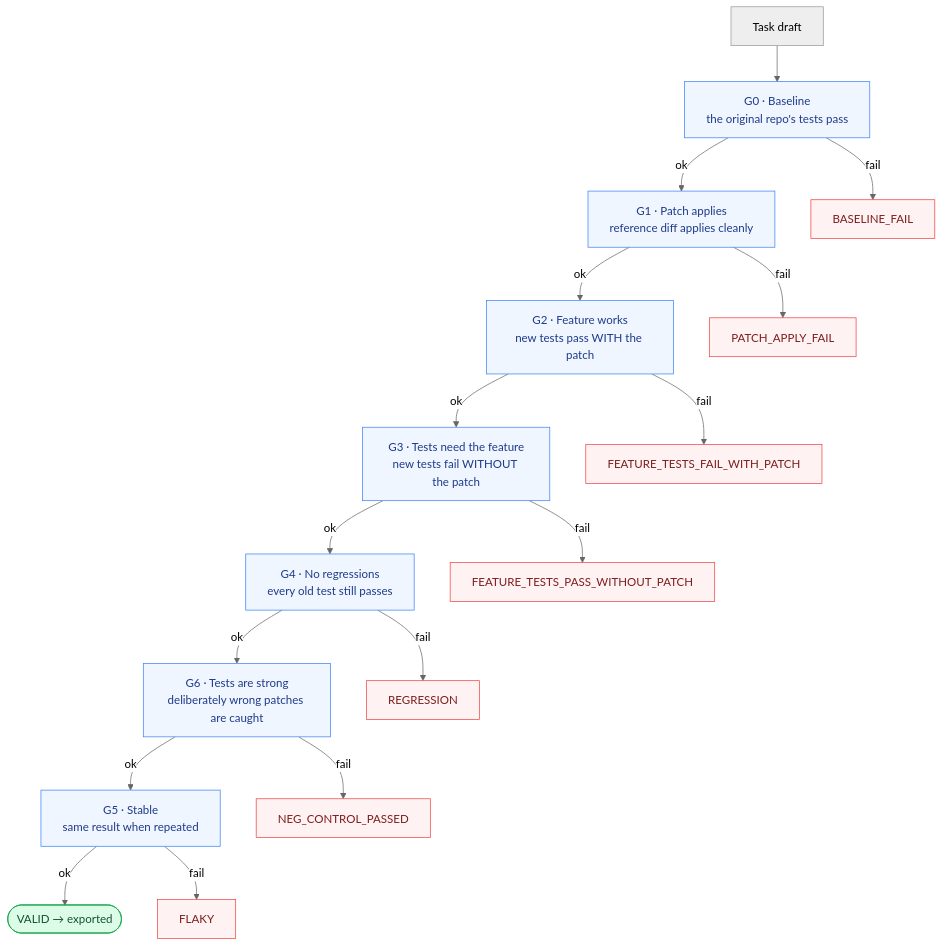
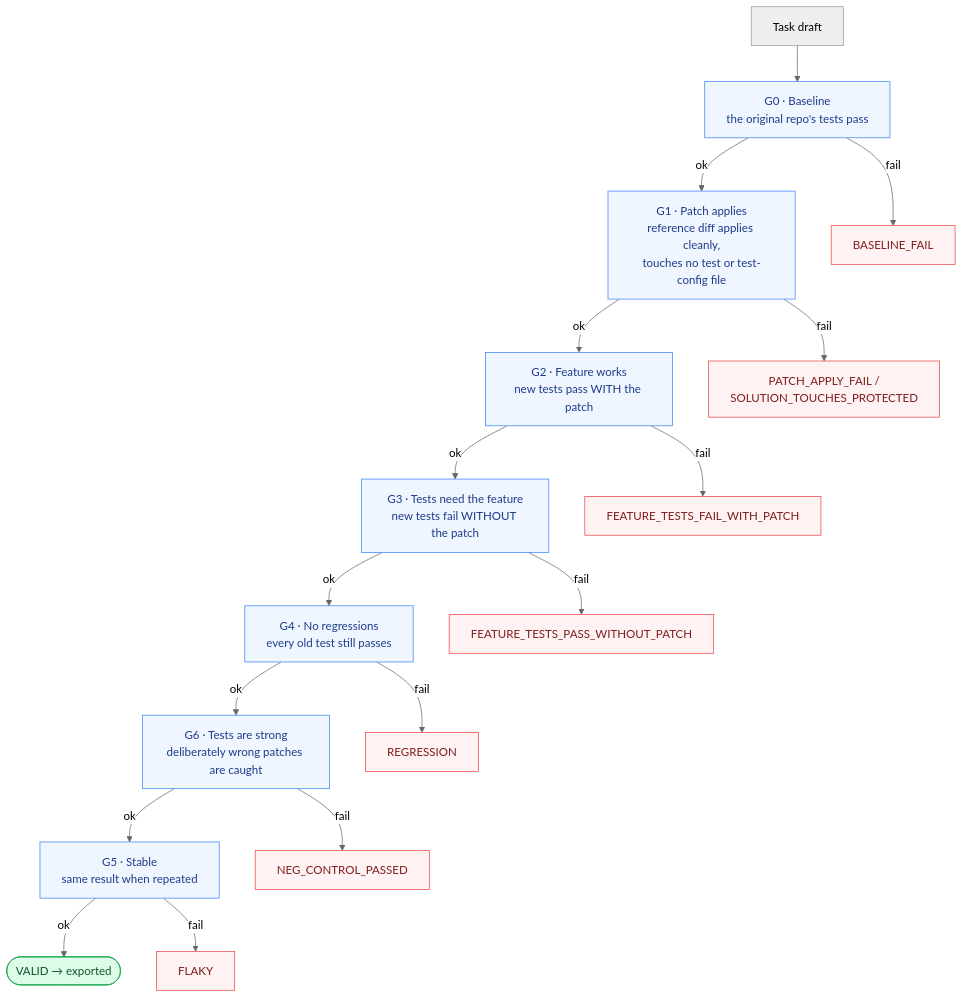
Before and after one commit to sreenivasivbieb/task-factory: the second of 6 diagrams in README.md, drawn with Mermaid (neutral theme). The commit also changed other lines of this file and 27 other files, not shown here.

````diff
--- a/README.md
+++ b/README.md
@@ -66,26 +66,26 @@
 ```mermaid
 flowchart TD
     D[Task draft] --> G0
     G0["G0 · Baseline<br/>the original repo's tests pass"] -->|ok| G1
-    G1["G1 · Patch applies<br/>reference diff applies cleanly"] -->|ok| G2
+    G1["G1 · Patch applies<br/>reference diff applies cleanly,<br/>touches no test or test-config file"] -->|ok| G2
     G2["G2 · Feature works<br/>new tests pass WITH the patch"] -->|ok| G3
     G3["G3 · Tests need the feature<br/>new tests fail WITHOUT the patch"] -->|ok| G4
     G4["G4 · No regressions<br/>every old test still passes"] -->|ok| G6
     G6["G6 · Tests are strong<br/>deliberately wrong patches are caught"] -->|ok| G5
     G5["G5 · Stable<br/>same result when repeated"] -->|ok| OK(["VALID → exported"])
 
     G0 -->|fail| R0[BASELINE_FAIL]
-    G1 -->|fail| R1[PATCH_APPLY_FAIL]
+    G1 -->|fail| R1["PATCH_APPLY_FAIL /<br/>SOLUTION_TOUCHES_PROTECTED"]
     G2 -->|fail| R2[FEATURE_TESTS_FAIL_WITH_PATCH]
     G3 -->|fail| R3[FEATURE_TESTS_PASS_WITHOUT_PATCH]
     G4 -->|fail| R4[REGRESSION]
     G6 -->|fail| R6[NEG_CONTROL_PASSED]
     G5 -->|fail| R5[FLAKY]
 
     classDef gate fill:#eff6ff,stroke:#3b82f6,color:#1e3a8a;
     classDef bad fill:#fef2f2,stroke:#ef4444,color:#7f1d1d;
     classDef good fill:#dcfce7,stroke:#16a34a,color:#14532d;
     class G0,G1,G2,G3,G4,G5,G6 gate;
     class R0,R1,R2,R3,R4,R5,R6 bad;
     class OK good;
 ```
````
